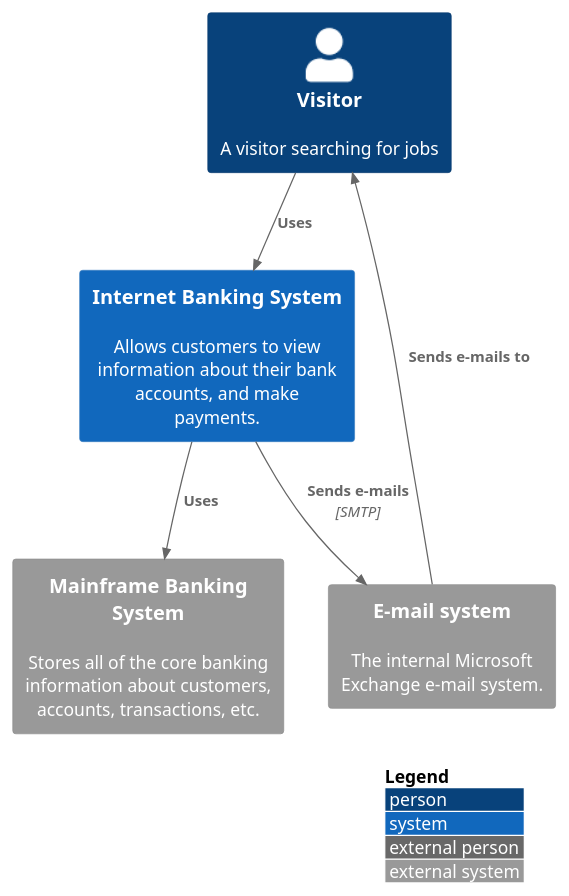
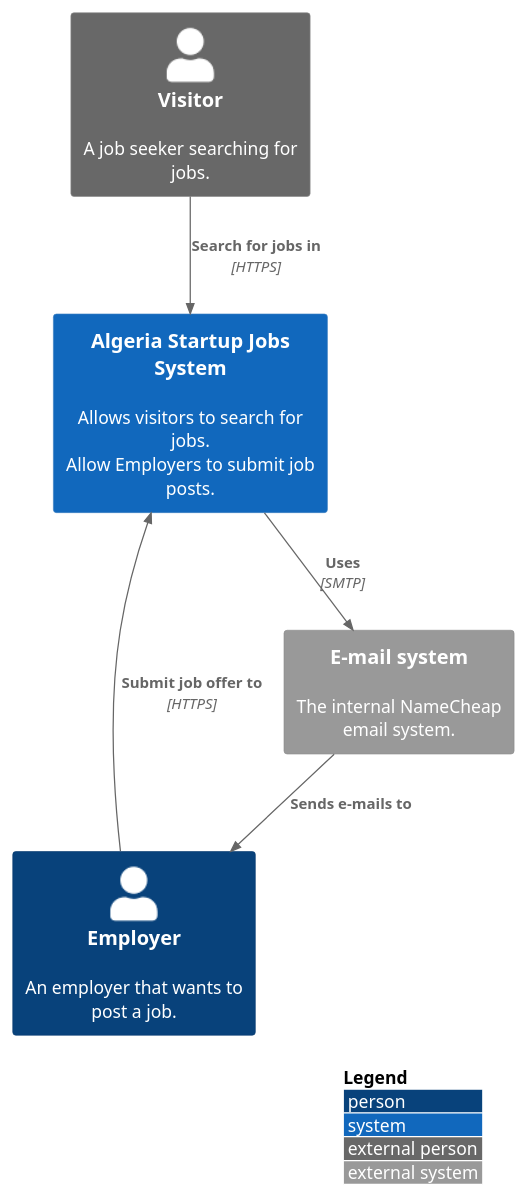
Before and after one commit to Business-model-canvas/diagrams: the diagram in src/context.puml, drawn with PlantUML. The commit also changed 17 other files, not shown here.

Commit message:
context diagram

```diff
--- a/src/context.puml
+++ b/src/context.puml
@@ -1,15 +1,16 @@
-@startuml
+@startuml context
 !include https://raw.githubusercontent.com/adrianvlupu/C4-PlantUML/latest/C4_Context.puml
 
 LAYOUT_WITH_LEGEND()
 
-Person(pbc, "Visitor", "A visitor searching for jobs")
-System(ibs, "Internet Banking System", "Allows customers to view information about their bank accounts, and make payments.")
-System_Ext(es, "E-mail system", "The internal Microsoft Exchange e-mail system.")
-System_Ext(mbs, "Mainframe Banking System", "Stores all of the core banking information about customers, accounts, transactions, etc.")
+Person_Ext(visitor, "Visitor", "A job seeker searching for jobs.")
+Person(employer, "Employer", "An employer that wants to post a job.")
+System(asj, "Algeria Startup Jobs System", "Allows visitors to search for jobs.\nAllow Employers to submit job posts.")
+System_Ext(es, "E-mail system", "The internal NameCheap email system.")
 
-Rel(pbc, ibs, "Uses")
-Rel(es, pbc, "Sends e-mails to")
-Rel(ibs, es, "Sends e-mails", "SMTP")
-Rel(ibs, mbs, "Uses")
+Rel(visitor, asj, "Search for jobs in", "HTTPS")
+Rel(employer, asj, "Submit job offer to", "HTTPS")
+Rel(es, employer, "Sends e-mails to")
+Rel(asj, es, "Uses", "SMTP")
+
 @enduml
```
